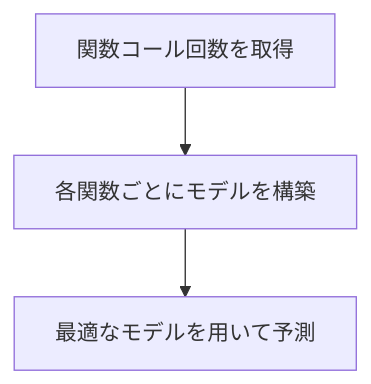
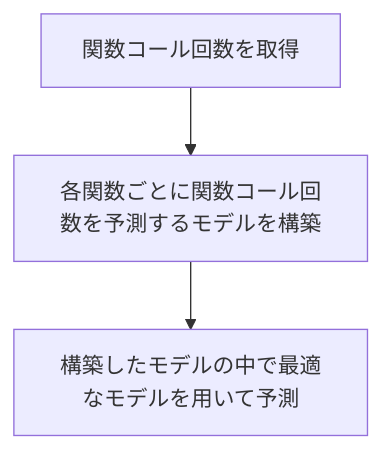
The first of 2 diagrams in README.md (arima0714/Lab00), drawn with Mermaid before and after one commit. The commit also changed other lines of this file, not shown here.

````diff
--- a/README.md
+++ b/README.md
@@ -29,10 +29,9 @@
 ```mermaid
 flowchart TD
 step1[関数コール回数を取得]
-step2[各関数ごとにモデルを構築]
-step3[最適なモデルを用いて予測]
+step2[各関数ごとに関数コール回数を予測するモデルを構築]
+step3[構築したモデルの中で最適なモデルを用いて予測]
 
 step1 --> step2
 step2 --> step3
-
 ```
````
